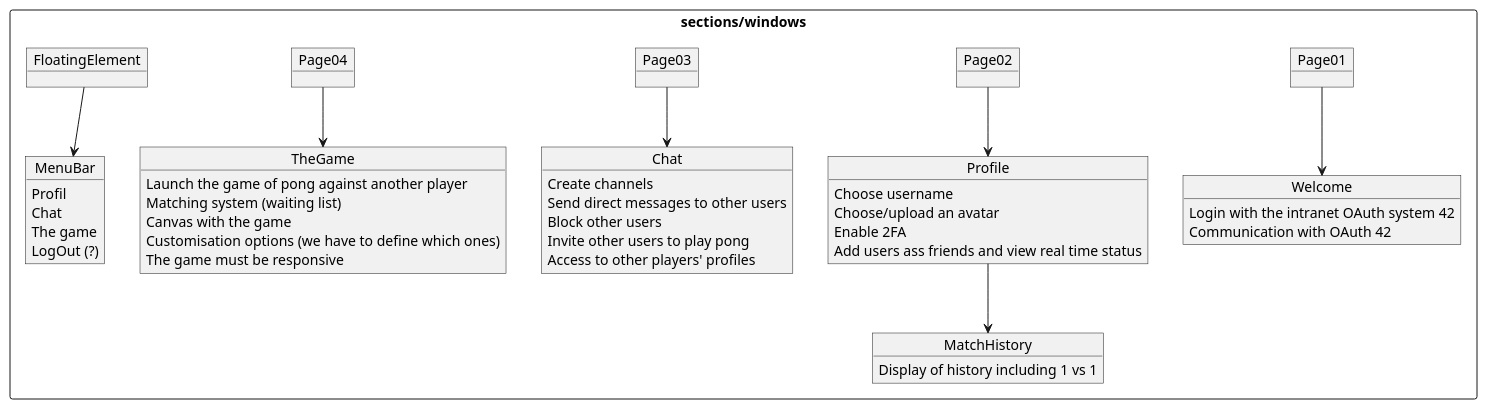
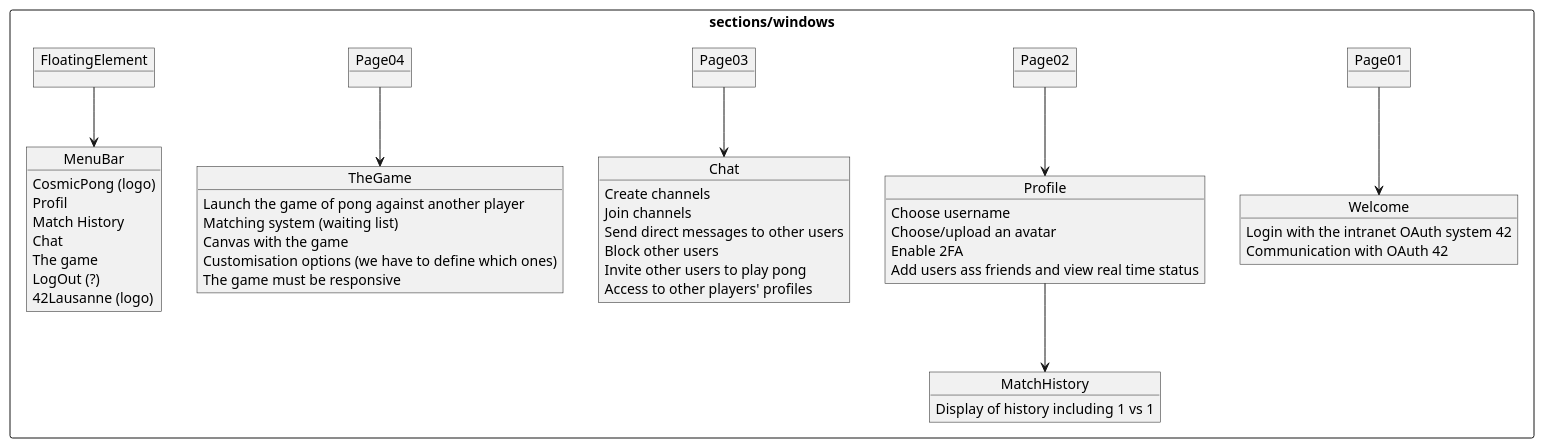
The second of 2 diagrams in docs/README.adoc (eprei/42_ft_transcendence), drawn with PlantUML before and after one commit. The commit also changed other lines of this file and 2 other files, not shown here.

```diff
--- a/docs/README.adoc
+++ b/docs/README.adoc
@@ -152,57 +155,61 @@
 [plantuml, target=assets/design, format=svg, width=100%]
 ....
 rectangle sections/windows {
 
 	object Page01
 	object Page02
 	object Page03
 	object Page04
 	object FloatingElement
 
 	object Welcome {
 		Login with the intranet OAuth system 42
 		Communication with OAuth 42
 	}
 	
 	object Profile {
 		Choose username
 		Choose/upload an avatar
 		Enable 2FA
 		Add users ass friends and view real time status
 	}
 	
 	object MatchHistory{
 		Display of history including 1 vs 1
 	}
 	
 	object Chat{
 		Create channels
+		Join channels
 		Send direct messages to other users
 		Block other users
 		Invite other users to play pong
 		Access to other players' profiles
 	}
 	
 	object MenuBar{
+		CosmicPong (logo)
 		Profil
+		Match History
 		Chat
 		The game
 		LogOut (?)
+		42Lausanne (logo)
 	}
 
 	object TheGame{
 		Launch the game of pong against another player
 		Matching system (waiting list)
 		Canvas with the game
 		Customisation options (we have to define which ones)
 		The game must be responsive
 	}
 
 	Page01 --> Welcome
 	Page02 --> Profile
 	Profile --> MatchHistory
 	Page03 --> Chat
 	Page04 --> TheGame
 	FloatingElement --> MenuBar
 }
 ....
```
